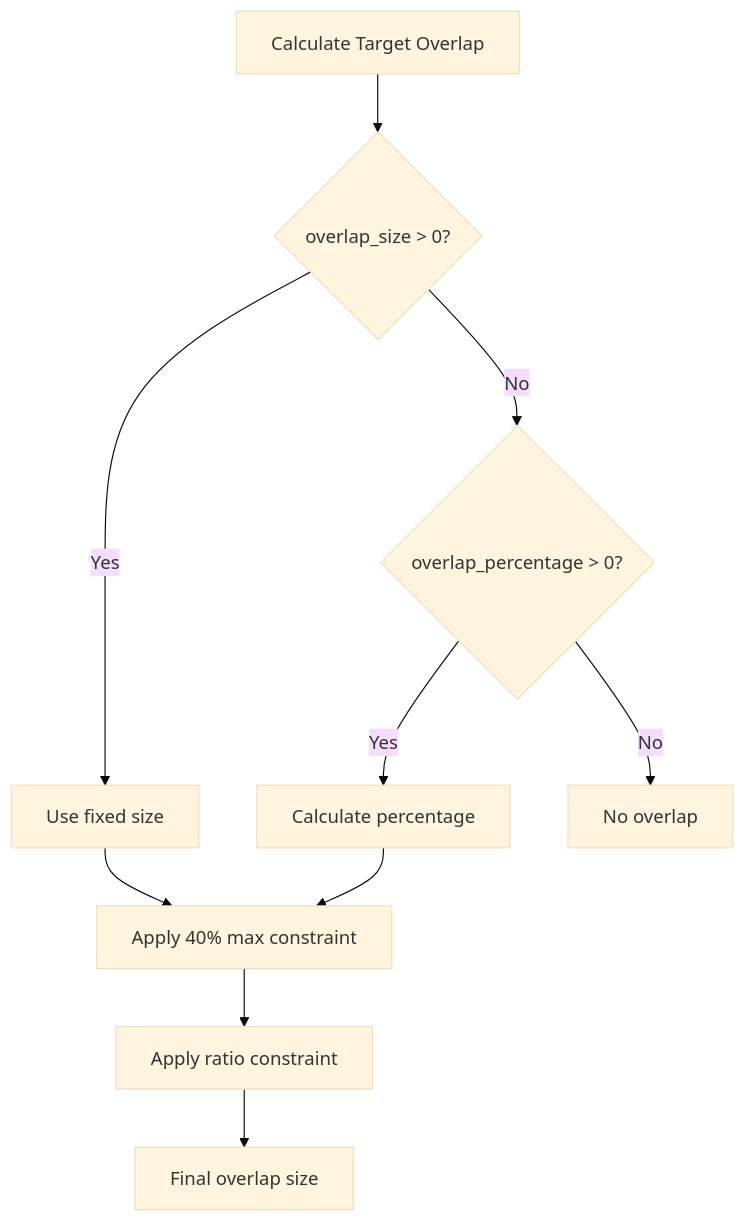
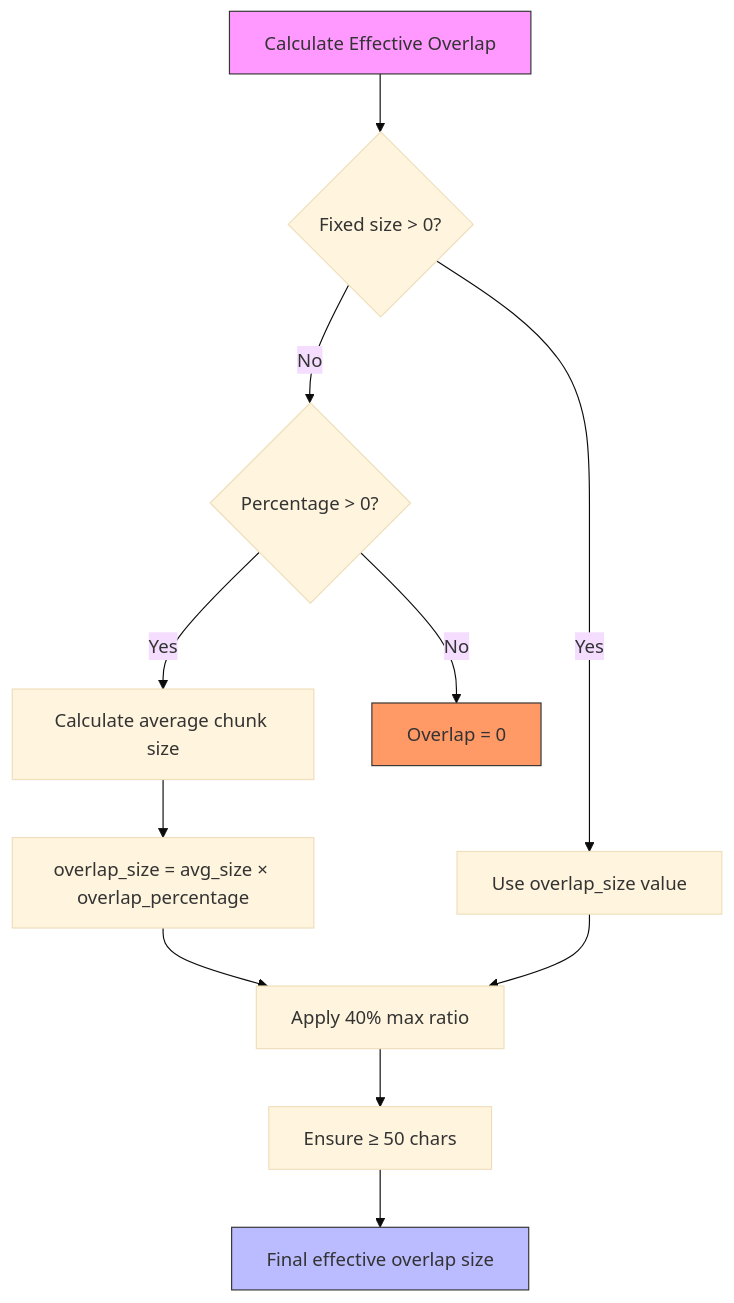
One commit to asukhodko/dify-markdown-chunker changed the third of 6 diagrams in .qoder/repowiki/en/content/Advanced Features/Overlap Management.md. Above: the diagram before and after it, drawn with Mermaid (base theme). The commit also changed other lines of this file and 205 other files, not shown here.

````diff
--- a/.qoder/repowiki/en/content/Advanced Features/Overlap Management.md
+++ b/.qoder/repowiki/en/content/Advanced Features/Overlap Management.md
@@ -116,12 +136,16 @@
 ```mermaid
 flowchart TD
-A["Calculate Target Overlap"] --> B{"overlap_size > 0?"}
-B --> |Yes| C["Use fixed size"]
-B --> |No| D{"overlap_percentage > 0?"}
-D --> |Yes| E["Calculate percentage"]
-D --> |No| F["No overlap"]
-C --> G["Apply 40% max constraint"]
-E --> G
-G --> H["Apply ratio constraint"]
-H --> I["Final overlap size"]
+StartCalc["Calculate Effective Overlap"] --> CheckFixed{"Fixed size > 0?"}
+CheckFixed --> |Yes| UseFixed["Use overlap_size value"]
+CheckFixed --> |No| CheckPercentage{"Percentage > 0?"}
+CheckPercentage --> |Yes| CalculateAvg["Calculate average chunk size"]
+CalculateAvg --> ComputePct["overlap_size = avg_size × overlap_percentage"]
+ComputePct --> ApplyMax["Apply 40% max ratio"]
+ApplyMax --> MinCheck["Ensure ≥ 50 chars"]
+MinCheck --> FinalSize["Final effective overlap size"]
+UseFixed --> ApplyMax
+CheckPercentage --> |No| ZeroSize["Overlap = 0"]
+style StartCalc fill:#f9f,stroke:#333
+style FinalSize fill:#bbf,stroke:#333
+style ZeroSize fill:#f96,stroke:#333
 ```
````
